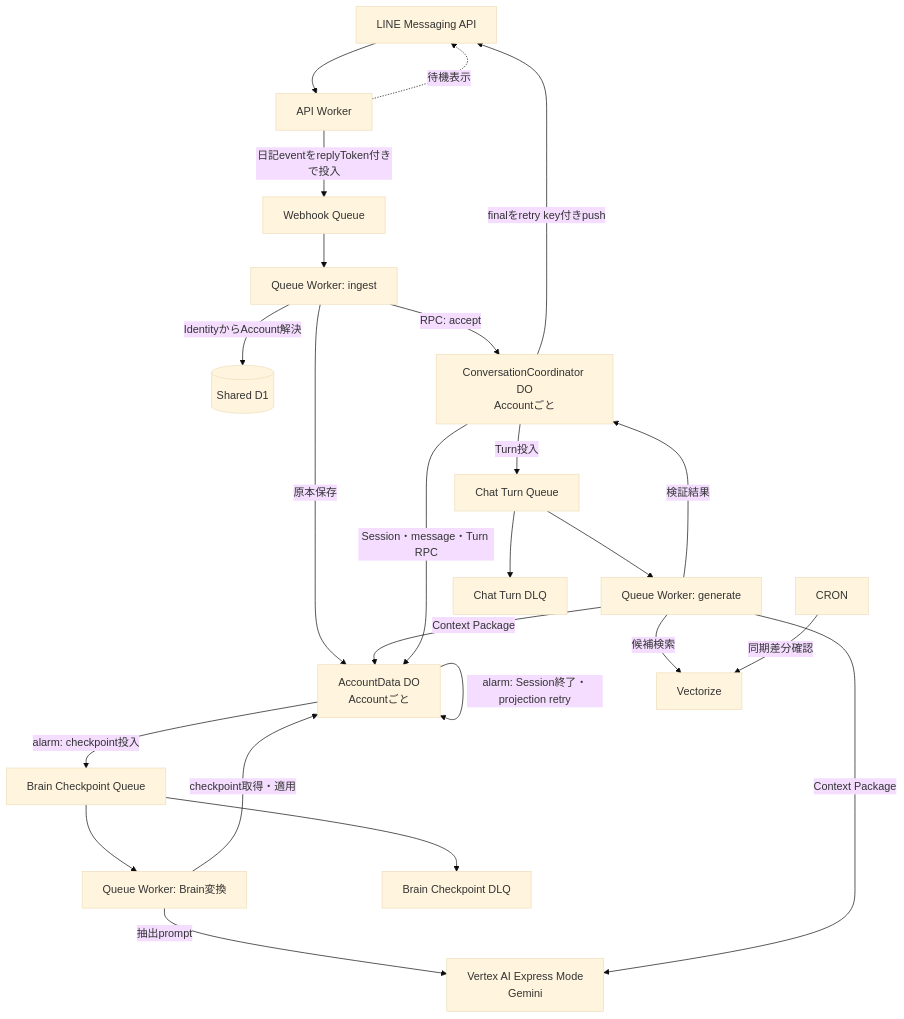
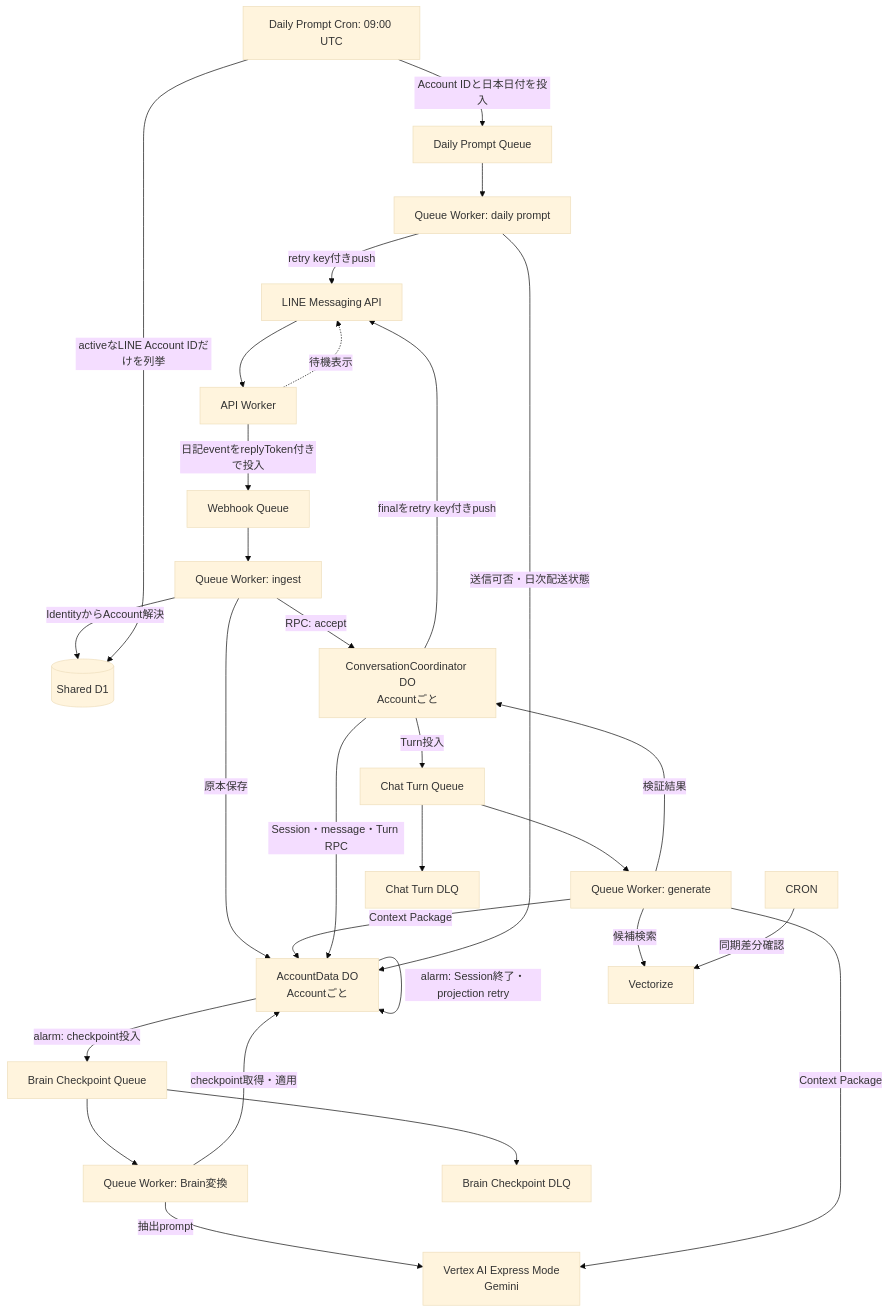
One commit to kkyosuke/me-builder changed the first of 10 diagrams in docs/architecture/diary-chat-implementation-design.md. Above: the diagram before and after it, drawn with Mermaid (base theme). The commit also changed other lines of this file and 46 other files, not shown here.

````diff
--- a/docs/architecture/diary-chat-implementation-design.md
+++ b/docs/architecture/diary-chat-implementation-design.md
@@ -52,26 +52,31 @@
 ```mermaid
 flowchart TD
     LINE[LINE Messaging API] --> API[API Worker]
     API -->|日記eventをreplyToken付きで投入| WQ[Webhook Queue]
     API -.->|待機表示| LINE
     WQ --> IW[Queue Worker: ingest]
     IW -->|IdentityからAccount解決| D1[(Shared D1)]
     IW -->|原本保存| AD[AccountData DO<br/>Accountごと]
     IW -->|RPC: accept| DO[ConversationCoordinator DO<br/>Accountごと]
     DO -->|Turn投入| TQ[Chat Turn Queue]
     TQ --> GW[Queue Worker: generate]
     AD -->|alarm: checkpoint投入| BQ[Brain Checkpoint Queue]
     BQ --> BW[Queue Worker: Brain変換]
     BW -->|checkpoint取得・適用| AD
     BW -->|抽出prompt| GEMINI
     GW -->|Context Package| AD
     GW -->|候補検索| V[Vectorize]
     GW -->|Context Package| GEMINI[Vertex AI Express Mode<br/>Gemini]
     GW -->|検証結果| DO
     DO -->|finalをretry key付きpush| LINE
     DO -->|Session・message・Turn RPC| AD
     AD -->|alarm: Session終了・projection retry| AD
+    DPCRON[Daily Prompt Cron: 09:00 UTC] -->|activeなLINE Account IDだけを列挙| D1
+    DPCRON -->|Account IDと日本日付を投入| DQ[Daily Prompt Queue]
+    DQ --> DW[Queue Worker: daily prompt]
+    DW -->|送信可否・日次配送状態| AD
+    DW -->|retry key付きpush| LINE
     CRON -->|同期差分確認| V
     TQ --> DLQ[Chat Turn DLQ]
     BQ --> BDLQ[Brain Checkpoint DLQ]
 ```
````
